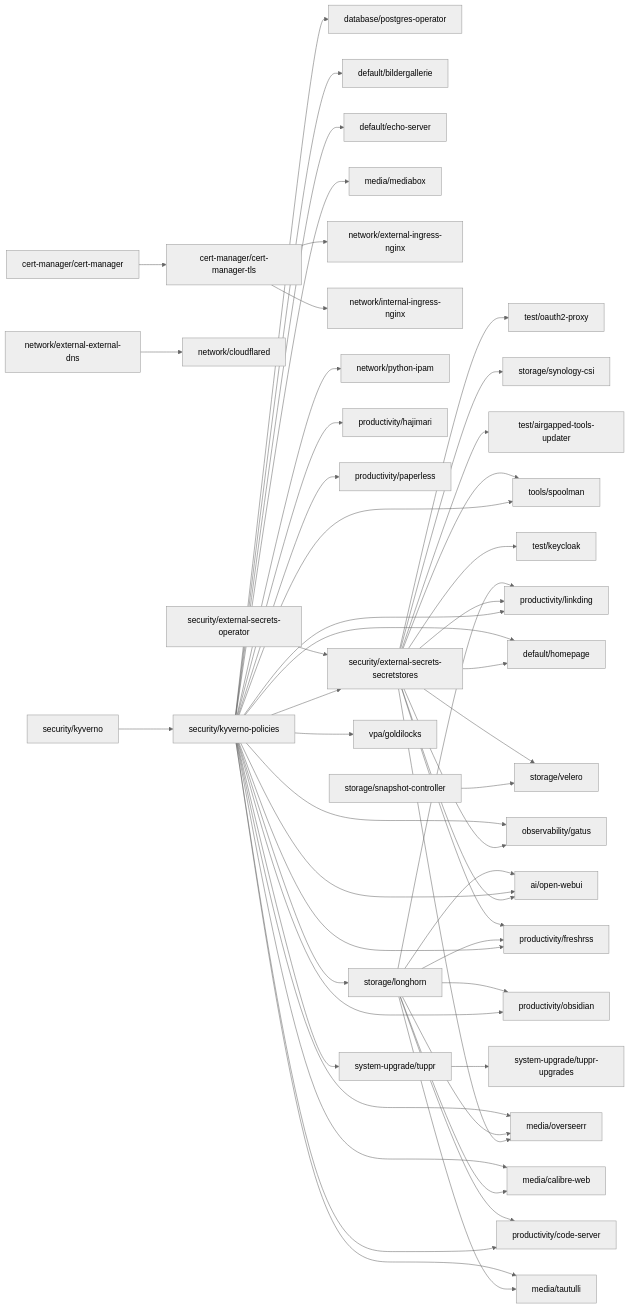
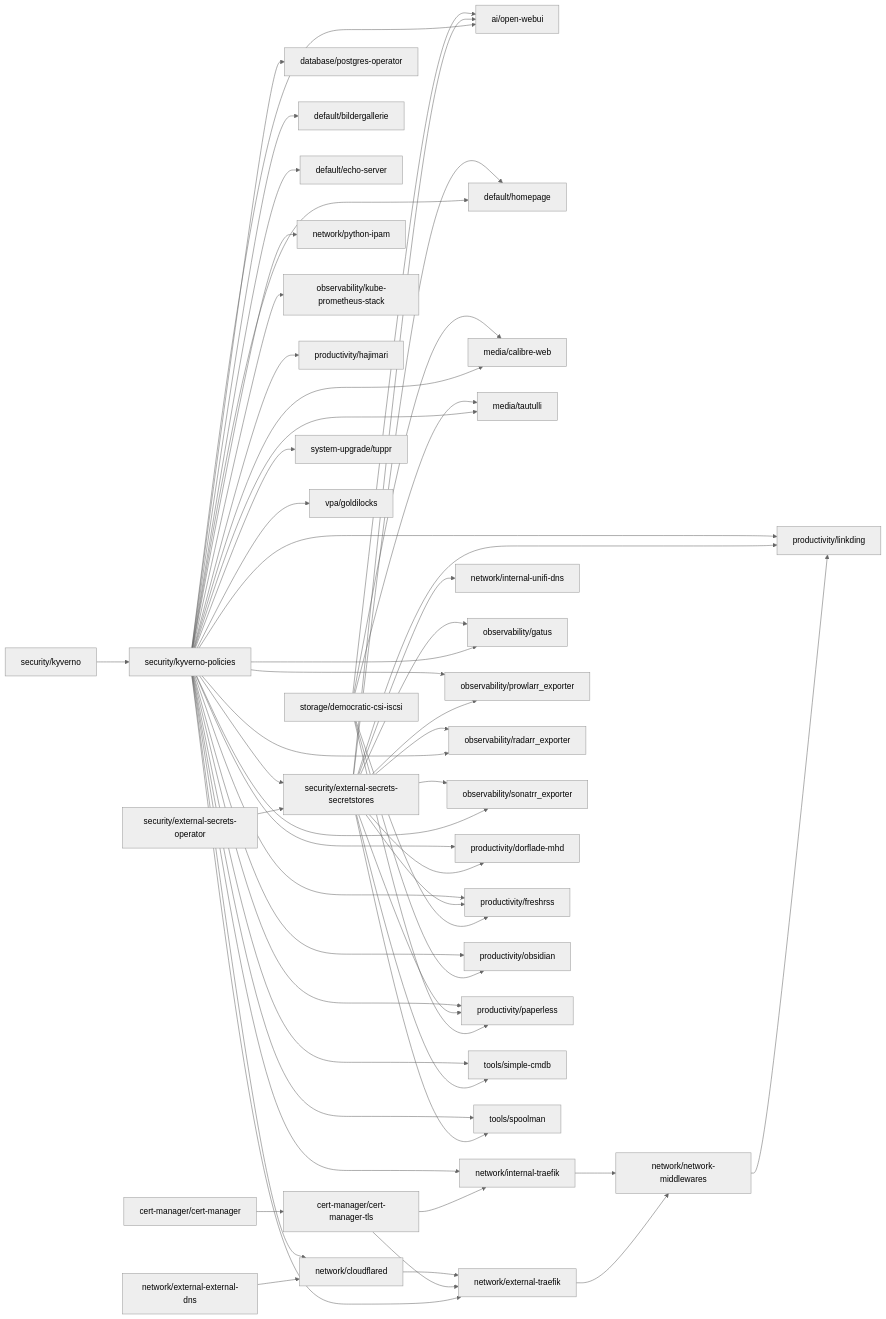
One commit to tuxpeople/k8s-homelab changed the diagram in docs/flux-dependency-graph.md. Above: the diagram before and after it, drawn with Mermaid (neutral theme). The commit also changed other lines of this file and 23 other files, not shown here.

````diff
--- a/docs/flux-dependency-graph.md
+++ b/docs/flux-dependency-graph.md
@@ -18,16 +18,20 @@
     default_echo_server["default/echo-server"]
     default_homepage["default/homepage"]
     media_calibre_web["media/calibre-web"]
-    media_mediabox["media/mediabox"]
-    media_overseerr["media/overseerr"]
     media_tautulli["media/tautulli"]
     network_cloudflared["network/cloudflared"]
     network_external_external_dns["network/external-external-dns"]
-    network_external_ingress_nginx["network/external-ingress-nginx"]
-    network_internal_ingress_nginx["network/internal-ingress-nginx"]
+    network_external_traefik["network/external-traefik"]
+    network_internal_traefik["network/internal-traefik"]
+    network_internal_unifi_dns["network/internal-unifi-dns"]
+    network_network_middlewares["network/network-middlewares"]
     network_python_ipam["network/python-ipam"]
     observability_gatus["observability/gatus"]
-    productivity_code_server["productivity/code-server"]
+    observability_kube_prometheus_stack["observability/kube-prometheus-stack"]
+    observability_prowlarr_exporter["observability/prowlarr_exporter"]
+    observability_radarr_exporter["observability/radarr_exporter"]
+    observability_sonatrr_exporter["observability/sonatrr_exporter"]
+    productivity_dorflade_mhd["productivity/dorflade-mhd"]
     productivity_freshrss["productivity/freshrss"]
     productivity_hajimari["productivity/hajimari"]
     productivity_linkding["productivity/linkding"]
@@ -37,67 +41,67 @@
     security_external_secrets_secretstores["security/external-secrets-secretstores"]
     security_kyverno["security/kyverno"]
     security_kyverno_policies["security/kyverno-policies"]
-    storage_longhorn["storage/longhorn"]
-    storage_snapshot_controller["storage/snapshot-controller"]
-    storage_synology_csi["storage/synology-csi"]
-    storage_velero["storage/velero"]
+    storage_democratic_csi_iscsi["storage/democratic-csi-iscsi"]
     system_upgrade_tuppr["system-upgrade/tuppr"]
-    system_upgrade_tuppr_upgrades["system-upgrade/tuppr-upgrades"]
-    test_airgapped_tools_updater["test/airgapped-tools-updater"]
-    test_keycloak["test/keycloak"]
-    test_oauth2_proxy["test/oauth2-proxy"]
+    tools_simple_cmdb["tools/simple-cmdb"]
     tools_spoolman["tools/spoolman"]
     vpa_goldilocks["vpa/goldilocks"]
 
     %% Dependencies
-    system_upgrade_tuppr --> system_upgrade_tuppr_upgrades
-    security_external_secrets_secretstores --> media_overseerr
+    security_external_secrets_secretstores --> network_internal_unifi_dns
+    security_external_secrets_secretstores --> observability_sonatrr_exporter
+    security_kyverno_policies --> observability_kube_prometheus_stack
+    security_kyverno_policies --> observability_sonatrr_exporter
     security_kyverno_policies --> network_python_ipam
+    storage_democratic_csi_iscsi --> ai_open_webui
     security_kyverno_policies --> productivity_paperless
+    security_kyverno_policies --> tools_simple_cmdb
     security_kyverno_policies --> database_postgres_operator
     security_kyverno_policies --> productivity_linkding
     security_kyverno_policies --> productivity_obsidian
+    network_cloudflared --> network_external_traefik
     security_external_secrets_secretstores --> default_homepage
+    security_kyverno_policies --> network_internal_traefik
+    security_kyverno_policies --> observability_prowlarr_exporter
     security_kyverno_policies --> tools_spoolman
-    cert_manager_cert_manager_tls --> network_external_ingress_nginx
     security_kyverno_policies --> productivity_freshrss
     security_kyverno_policies --> vpa_goldilocks
     security_kyverno_policies --> security_external_secrets_secretstores
-    storage_longhorn --> media_calibre_web
     security_kyverno_policies --> default_echo_server
+    cert_manager_cert_manager_tls --> network_external_traefik
     security_external_secrets_secretstores --> tools_spoolman
-    security_external_secrets_secretstores --> test_oauth2_proxy
-    security_external_secrets_secretstores --> storage_synology_csi
-    cert_manager_cert_manager_tls --> network_internal_ingress_nginx
-    storage_snapshot_controller --> storage_velero
-    storage_longhorn --> productivity_obsidian
     security_external_secrets_secretstores --> productivity_linkding
+    security_kyverno_policies --> network_external_traefik
     cert_manager_cert_manager --> cert_manager_cert_manager_tls
     security_external_secrets_secretstores --> ai_open_webui
-    storage_longhorn --> media_tautulli
+    storage_democratic_csi_iscsi --> media_calibre_web
+    security_external_secrets_secretstores --> observability_prowlarr_exporter
     security_kyverno_policies --> default_bildergallerie
-    security_kyverno_policies --> productivity_code_server
+    storage_democratic_csi_iscsi --> productivity_obsidian
+    network_internal_traefik --> network_network_middlewares
     security_external_secrets_operator --> security_external_secrets_secretstores
-    security_external_secrets_secretstores --> test_airgapped_tools_updater
+    network_external_traefik --> network_network_middlewares
     security_kyverno_policies --> ai_open_webui
-    storage_longhorn --> ai_open_webui
-    security_external_secrets_secretstores --> test_keycloak
-    security_external_secrets_secretstores --> storage_velero
+    security_kyverno_policies --> network_cloudflared
+    security_external_secrets_secretstores --> productivity_paperless
     security_kyverno_policies --> productivity_hajimari
+    security_kyverno_policies --> productivity_dorflade_mhd
     security_kyverno_policies --> system_upgrade_tuppr
-    storage_longhorn --> media_overseerr
     security_kyverno_policies --> media_calibre_web
     security_external_secrets_secretstores --> observability_gatus
-    storage_longhorn --> productivity_freshrss
     security_kyverno_policies --> observability_gatus
+    network_network_middlewares --> productivity_linkding
+    security_external_secrets_secretstores --> observability_radarr_exporter
     security_external_secrets_secretstores --> productivity_freshrss
     security_kyverno_policies --> default_homepage
     network_external_external_dns --> network_cloudflared
-    storage_longhorn --> productivity_linkding
-    security_kyverno_policies --> storage_longhorn
+    storage_democratic_csi_iscsi --> media_tautulli
+    cert_manager_cert_manager_tls --> network_internal_traefik
+    security_external_secrets_secretstores --> productivity_dorflade_mhd
     security_kyverno --> security_kyverno_policies
-    storage_longhorn --> productivity_code_server
-    security_kyverno_policies --> media_overseerr
-    security_kyverno_policies --> media_mediabox
+    security_kyverno_policies --> observability_radarr_exporter
+    security_external_secrets_secretstores --> tools_simple_cmdb
+    storage_democratic_csi_iscsi --> productivity_freshrss
+    storage_democratic_csi_iscsi --> productivity_paperless
     security_kyverno_policies --> media_tautulli
 ```
````
